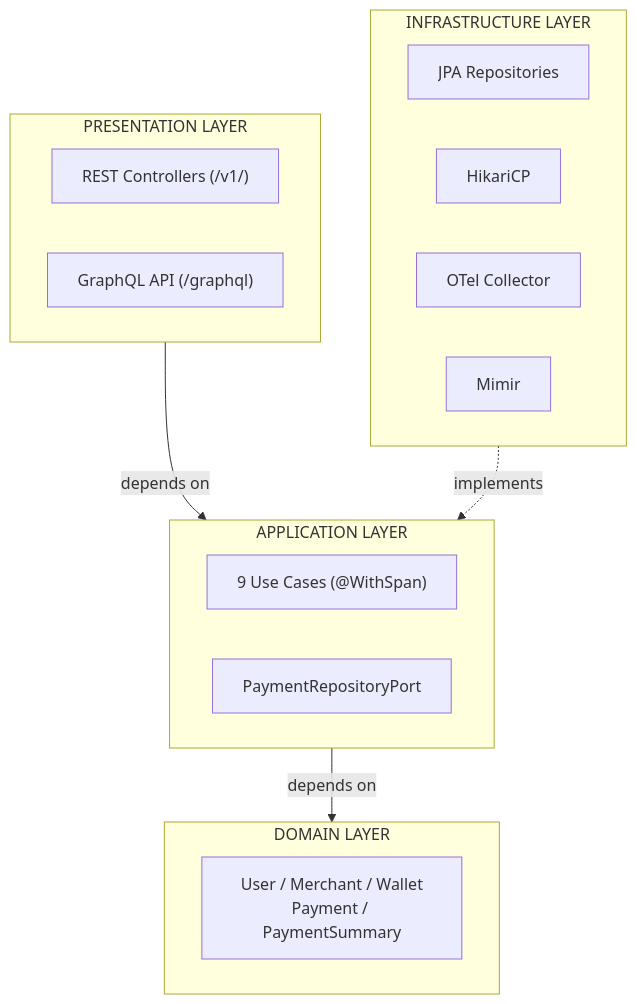
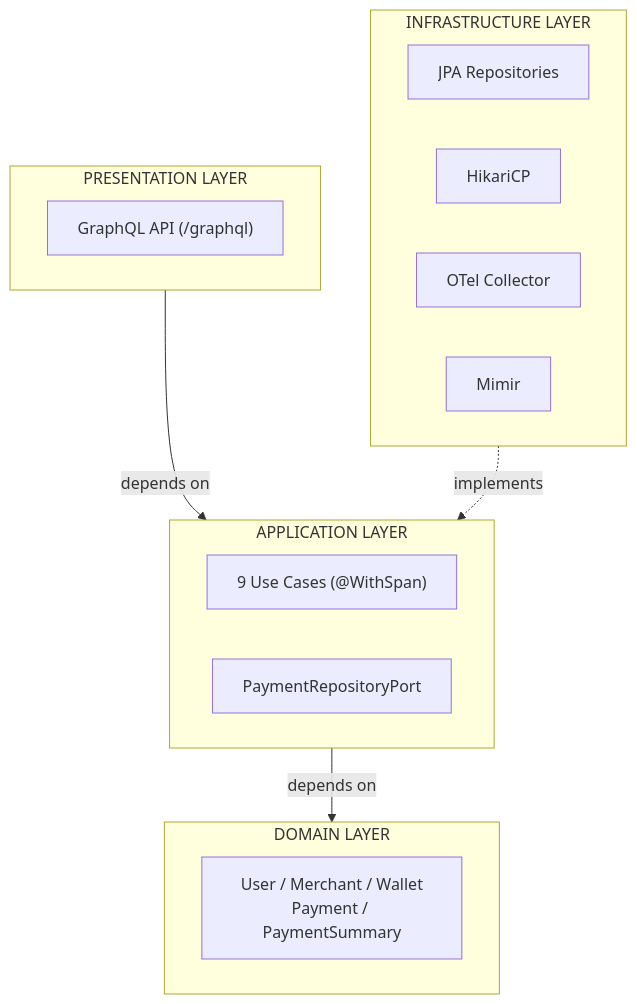
Before and after one commit to BugMentor/k6-java-spring-graphql-example: the third of 5 diagrams in README.md, drawn with Mermaid. The commit also changed other lines of this file and 8 other files, not shown here.

First line of the commit message:
refactor: remove REST endpoints, keep only GraphQL

````diff
--- a/README.md
+++ b/README.md
@@ -135,23 +135,22 @@
 ```mermaid
 graph TD
     subgraph Presentation["PRESENTATION LAYER"]
-        REST["REST Controllers (/v1/)"]
         GQL["GraphQL API (/graphql)"]
     end
     subgraph Application["APPLICATION LAYER"]
         UC["9 Use Cases (@WithSpan)"]
         Port["PaymentRepositoryPort"]
     end
     subgraph Domain["DOMAIN LAYER"]
         Ent["User / Merchant / Wallet<br/>Payment / PaymentSummary"]
     end
     subgraph Infrastructure["INFRASTRUCTURE LAYER"]
         JPA["JPA Repositories"]
         HikariCP["HikariCP"]
         OTel["OTel Collector"]
         Mimir["Mimir"]
     end
     Presentation -->|depends on| Application
     Application -->|depends on| Domain
     Infrastructure -.->|implements| Application
 ```
````
